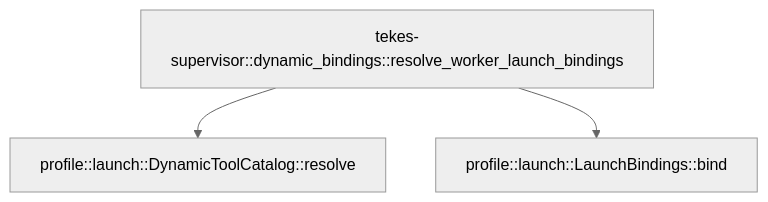
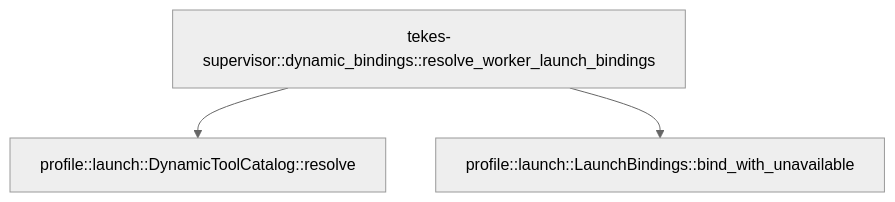
One commit to TekesApps/TekesKernel changed the diagram in crates/supervisor/docs/generated/src--dynamic_bindings.md. Above: the diagram before and after it, drawn with Mermaid (neutral theme). The commit also changed other lines of this file and 54 other files, not shown here.

First line of the commit message:
Refuse an MCP tool alone, not its whole server (per-tool schema projection) (#51)

````diff
--- a/crates/supervisor/docs/generated/src--dynamic_bindings.md
+++ b/crates/supervisor/docs/generated/src--dynamic_bindings.md
@@ -54,8 +55,8 @@
 ```mermaid
 flowchart TD
   n0["profile::launch::DynamicToolCatalog::resolve"]
-  n1["profile::launch::LaunchBindings::bind"]
+  n1["profile::launch::LaunchBindings::bind_with_unavailable"]
   n2["tekes-supervisor::dynamic_bindings::resolve_worker_launch_bindings"]
   n2 --> n0
   n2 --> n1
 ```
````
